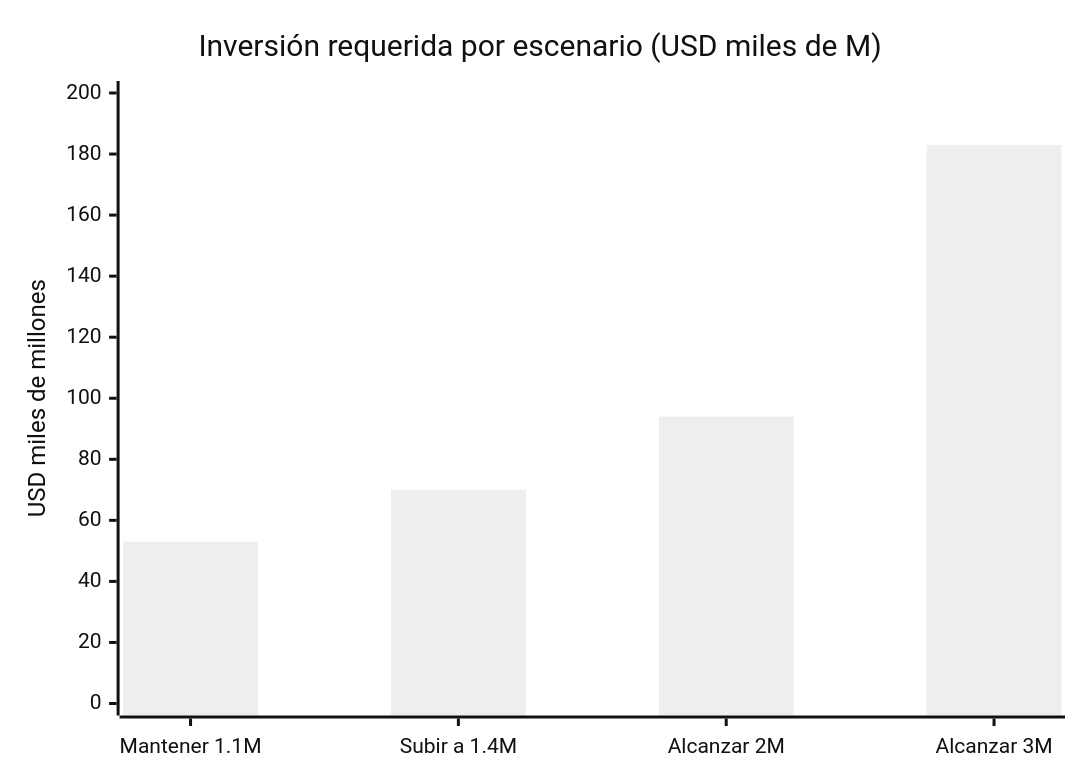
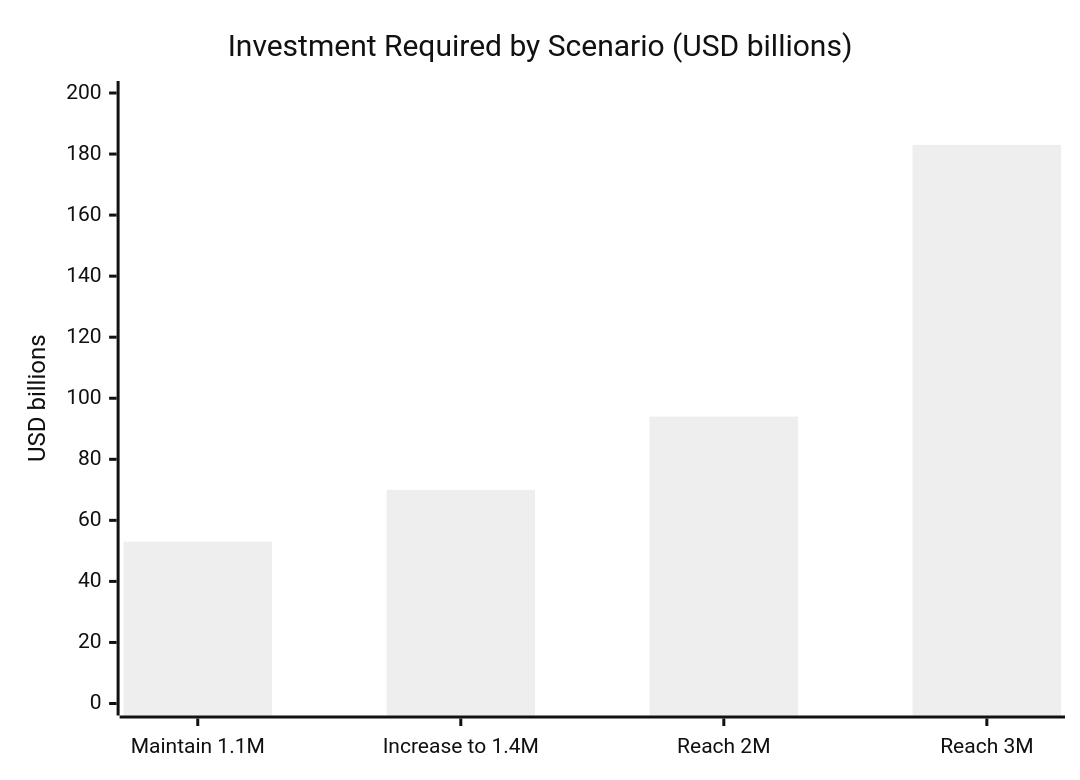
Before and after one commit to Venezuela-S-A/venezuela-sa: the third of 4 diagrams in i18n/en/docusaurus-plugin-content-docs/current/01-fundamentos/diagnostico.md, drawn with Mermaid (neutral theme). The commit also changed other lines of this file and 127 other files, not shown here.

````diff
--- a/i18n/en/docusaurus-plugin-content-docs/current/01-fundamentos/diagnostico.md
+++ b/i18n/en/docusaurus-plugin-content-docs/current/01-fundamentos/diagnostico.md
@@ -68,7 +68,7 @@
 ```mermaid
 xychart-beta
-    title "Inversión requerida por escenario (USD miles de M)"
-    x-axis ["Mantener 1.1M", "Subir a 1.4M", "Alcanzar 2M", "Alcanzar 3M"]
-    y-axis "USD miles de millones" 0 --> 200
+    title "Investment Required by Scenario (USD billions)"
+    x-axis ["Maintain 1.1M", "Increase to 1.4M", "Reach 2M", "Reach 3M"]
+    y-axis "USD billions" 0 --> 200
     bar [53, 70, 94, 183]
 ```
````
